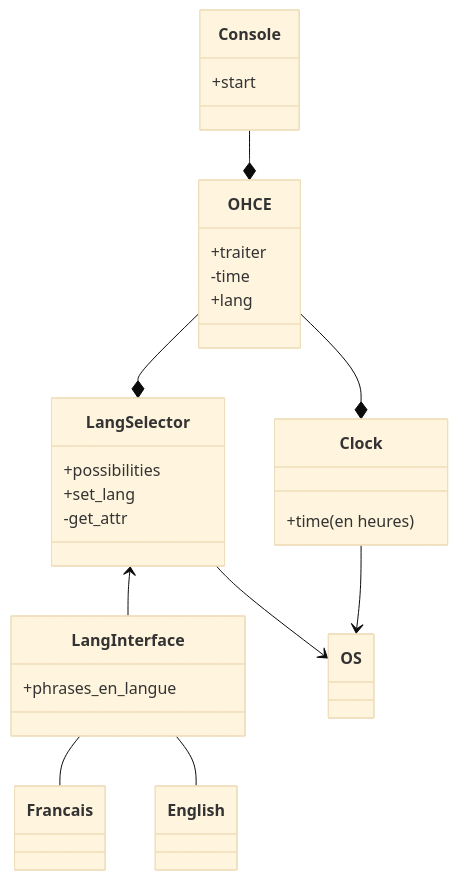
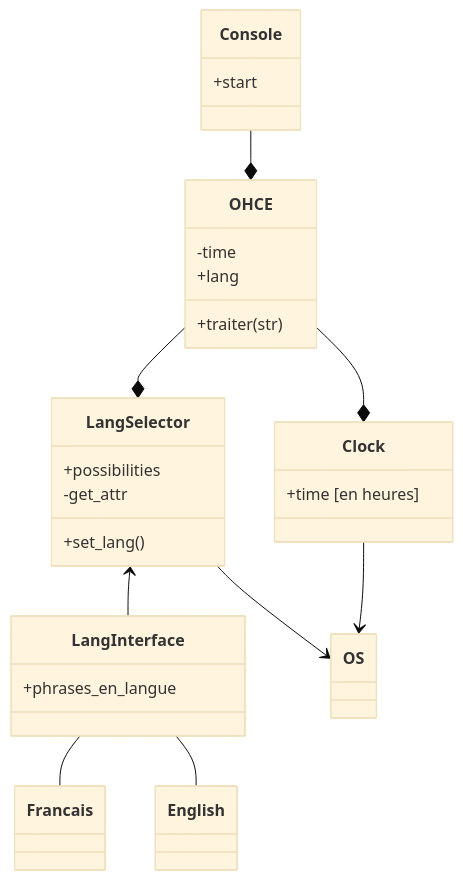
One commit to Mistayan/Appli_reverse_palindrome changed the first of 2 diagrams in README.md. Above: the diagram before and after it, drawn with Mermaid (base theme). The commit also changed other lines of this file and 2 other files, not shown here.

````diff
--- a/README.md
+++ b/README.md
@@ -14,35 +36,35 @@
 ```mermaid
 classDiagram
     Console --* OHCE
     OHCE --* LangSelector
     LangSelector <-- LangInterface
     LangInterface -- Francais
     LangInterface -- English
     
     OHCE --* Clock
     Clock --> OS
     LangSelector --> OS
     class OHCE{
-        +traiter
         -time
         +lang
+        +traiter(str)
     }
     
     class LangSelector {
     +possibilities
-    +set_lang
     -get_attr
+    +set_lang()
     }
     
     class LangInterface {
     +phrases_en_langue
     }
     
     class Clock{
-    +time (en heures)
+    +time [en heures]
     }
     
     class Console{
     +start
     }
 ```
````
